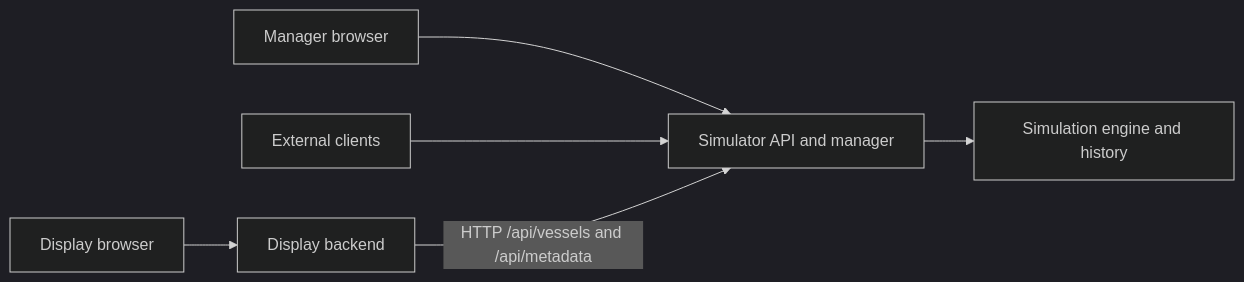
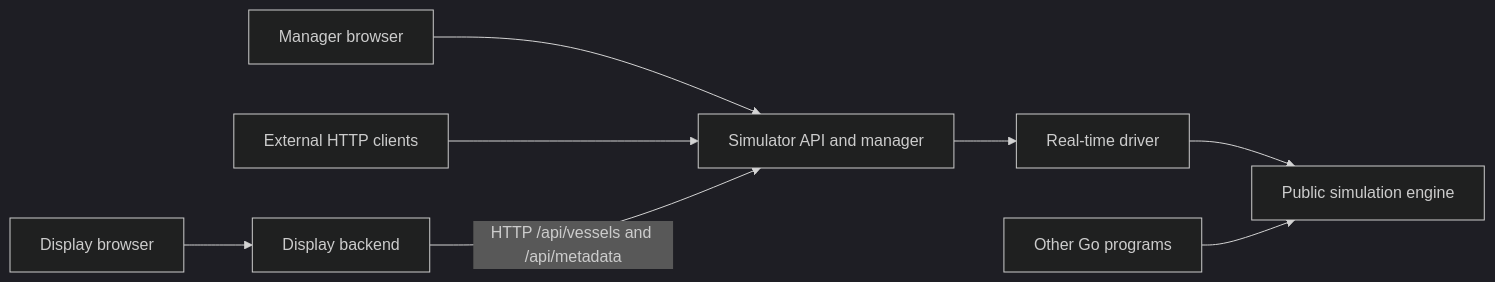
Before and after one commit to miroslav-matejovsky/ais-test-bench: the diagram in README.md, drawn with Mermaid (dark theme). The commit also changed other lines of this file and 43 other files, not shown here.

````diff
--- a/README.md
+++ b/README.md
@@ -62,8 +65,10 @@
 ```mermaid
 flowchart LR
     Manager[Manager browser] --> Simulator[Simulator API and manager]
-    External[External clients] --> Simulator
-    Simulator --> Engine[Simulation engine and history]
+    External[External HTTP clients] --> Simulator
+    Simulator --> Driver[Real-time driver]
+    Driver --> Engine[Public simulation engine]
+    GoPrograms[Other Go programs] --> Engine
     DisplayBrowser[Display browser] --> Display[Display backend]
     Display -- HTTP /api/vessels and /api/metadata --> Simulator
 ```
````
